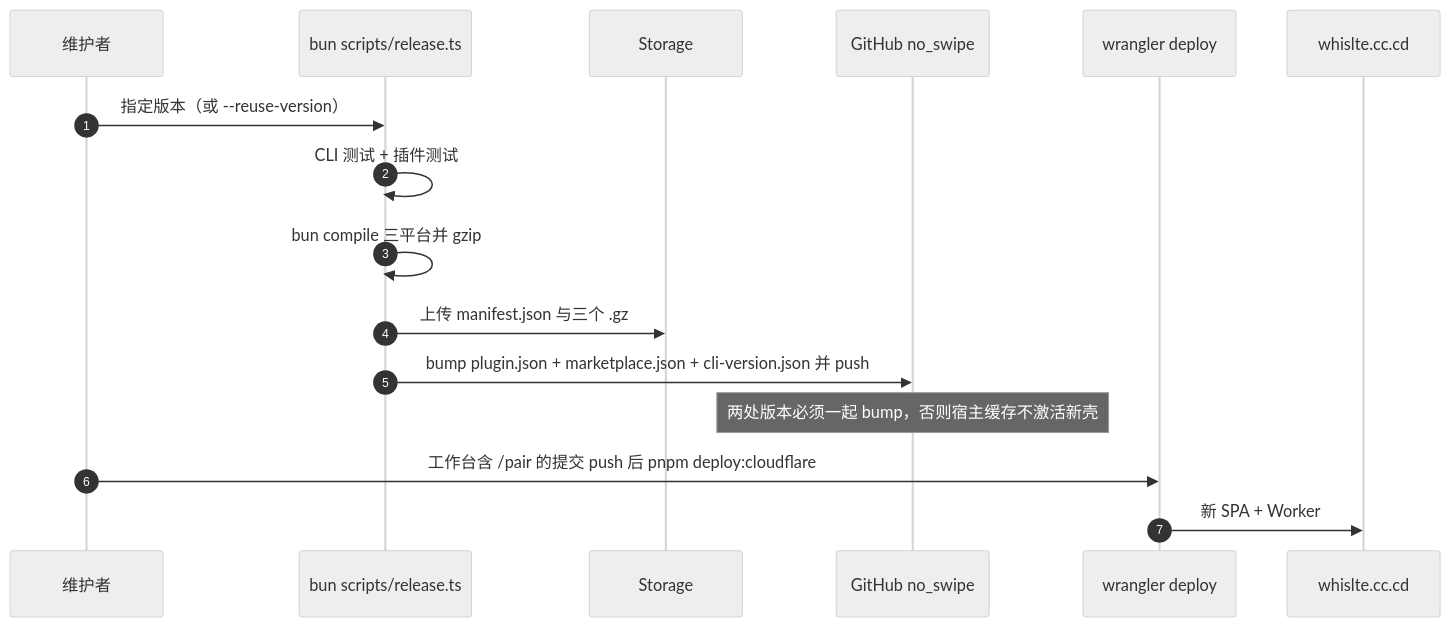
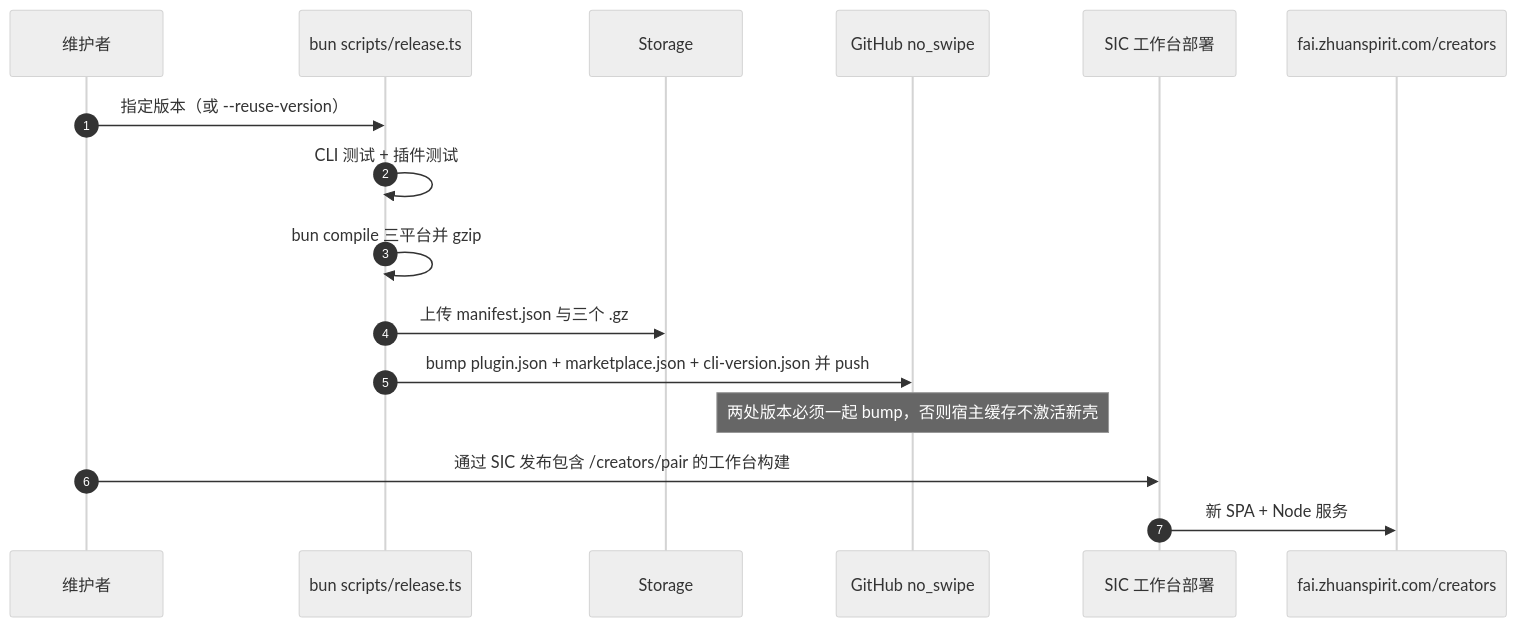
Diagram 17 of 18 in docs/no-swipe-interaction-flows.md (OfWind/no_swipe), drawn with Mermaid (neutral theme) before and after one commit. The commit also changed other lines of this file and 15 other files, not shown here.

````diff
--- a/docs/no-swipe-interaction-flows.md
+++ b/docs/no-swipe-interaction-flows.md
@@ -573,20 +574,20 @@
 ```mermaid
 sequenceDiagram
   autonumber
   participant Dev as 维护者
   participant Rel as bun scripts/release.ts
   participant Stor as Storage
   participant Git as GitHub no_swipe
-  participant WB as wrangler deploy
-  participant CDN as whislte.cc.cd
+  participant WB as SIC 工作台部署
+  participant CDN as fai.zhuanspirit.com/creators
 
   Dev->>Rel: 指定版本（或 --reuse-version）
   Rel->>Rel: CLI 测试 + 插件测试
   Rel->>Rel: bun compile 三平台并 gzip
   Rel->>Stor: 上传 manifest.json 与三个 .gz
   Rel->>Git: bump plugin.json + marketplace.json + cli-version.json 并 push
   Note over Git: 两处版本必须一起 bump，否则宿主缓存不激活新壳
 
-  Dev->>WB: 工作台含 /pair 的提交 push 后 pnpm deploy:cloudflare
-  WB->>CDN: 新 SPA + Worker
+  Dev->>WB: 通过 SIC 发布包含 /creators/pair 的工作台构建
+  WB->>CDN: 新 SPA + Node 服务
 ```
````
